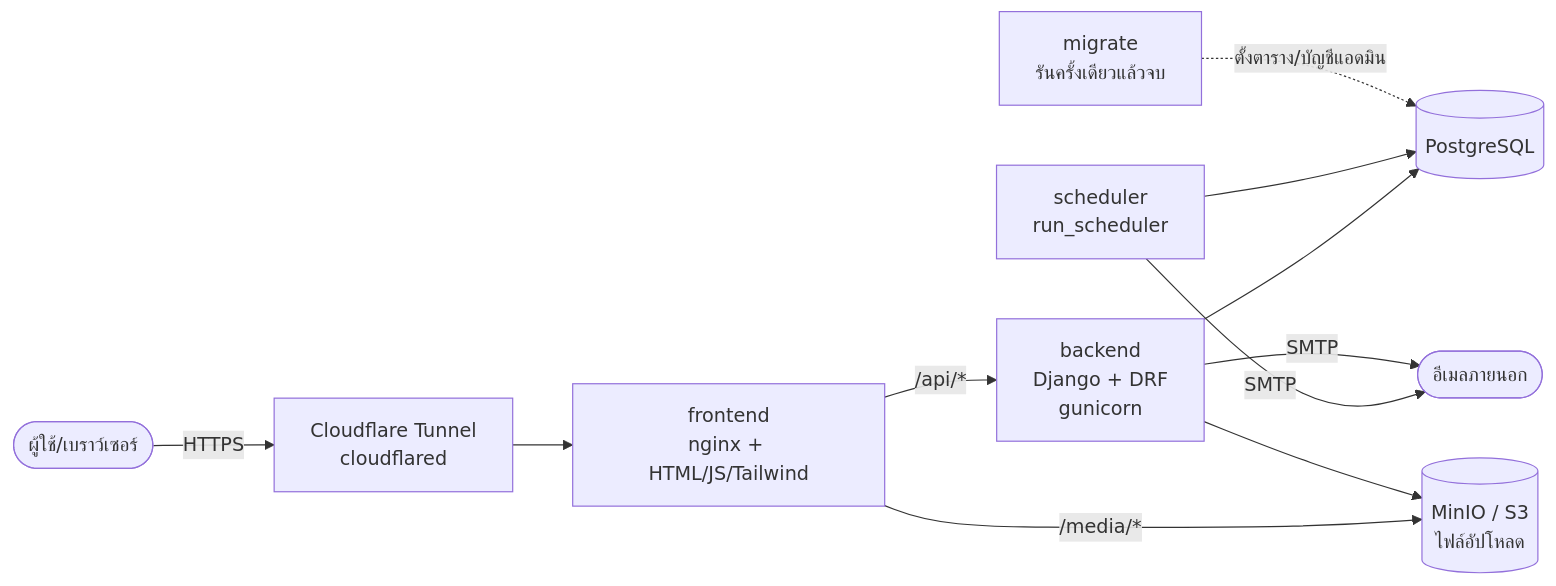
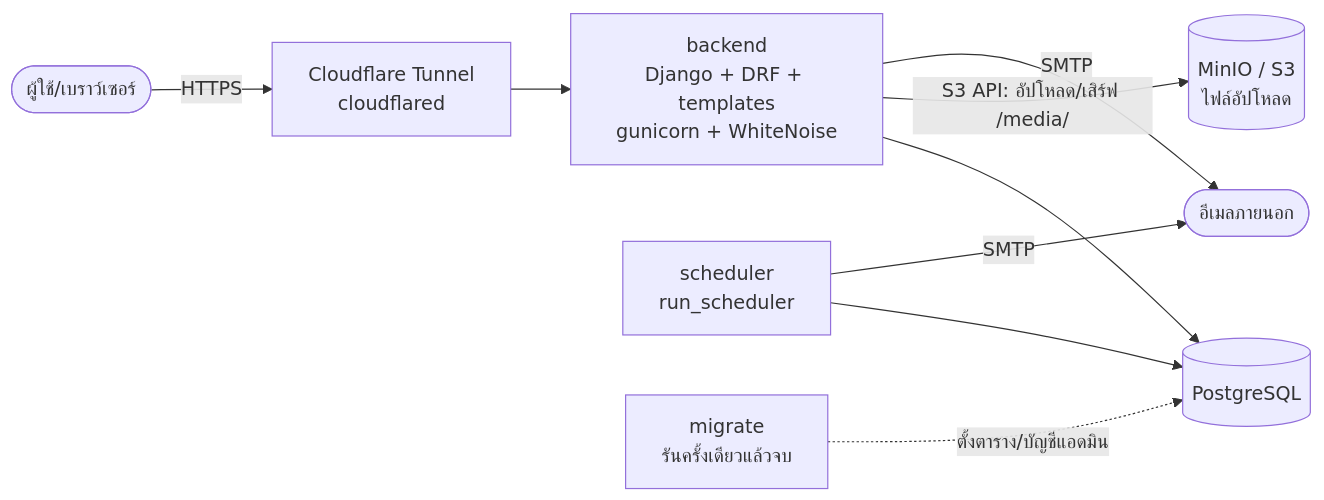
Before and after one commit to Parkjindream/it-device-borrowing-system: the first of 3 diagrams in docs/presentation/02-architecture-and-design.md, drawn with Mermaid. The commit also changed other lines of this file and 9 other files, not shown here.

````diff
--- a/docs/presentation/02-architecture-and-design.md
+++ b/docs/presentation/02-architecture-and-design.md
@@ -9,13 +9,11 @@
 ```mermaid
 flowchart LR
     U([ผู้ใช้/เบราว์เซอร์]) -->|HTTPS| CF[Cloudflare Tunnel\ncloudflared]
-    CF --> N[frontend\nnginx + HTML/JS/Tailwind]
-    N -->|/api/*| B[backend\nDjango + DRF\ngunicorn]
-    N -->|/media/*| M[(MinIO / S3\nไฟล์อัปโหลด)]
+    CF --> B[backend\nDjango + DRF + templates\ngunicorn + WhiteNoise]
     B --> DB[(PostgreSQL)]
-    B --> M
+    B -->|S3 API: อัปโหลด/เสิร์ฟ /media/| M[(MinIO / S3\nไฟล์อัปโหลด)]
     SCH[scheduler\nrun_scheduler] --> DB
     SCH -->|SMTP| MAIL([อีเมลภายนอก])
     B -->|SMTP| MAIL
     MIG[migrate\nรันครั้งเดียวแล้วจบ] -.ตั้งตาราง/บัญชีแอดมิน.-> DB
 ```
````
